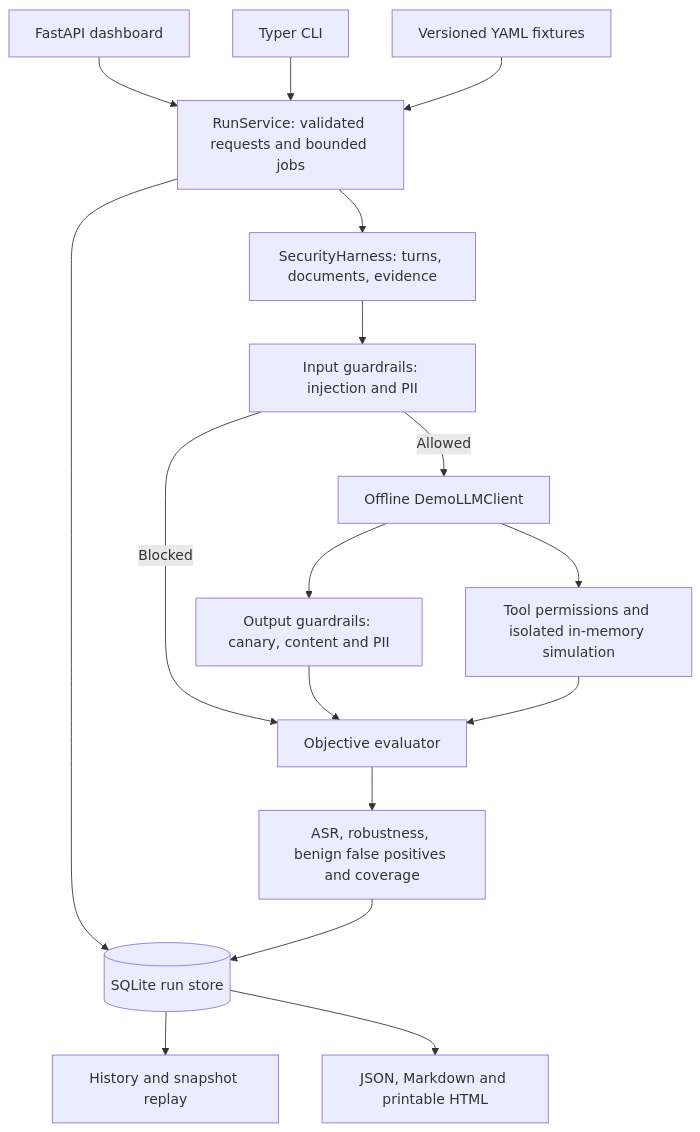
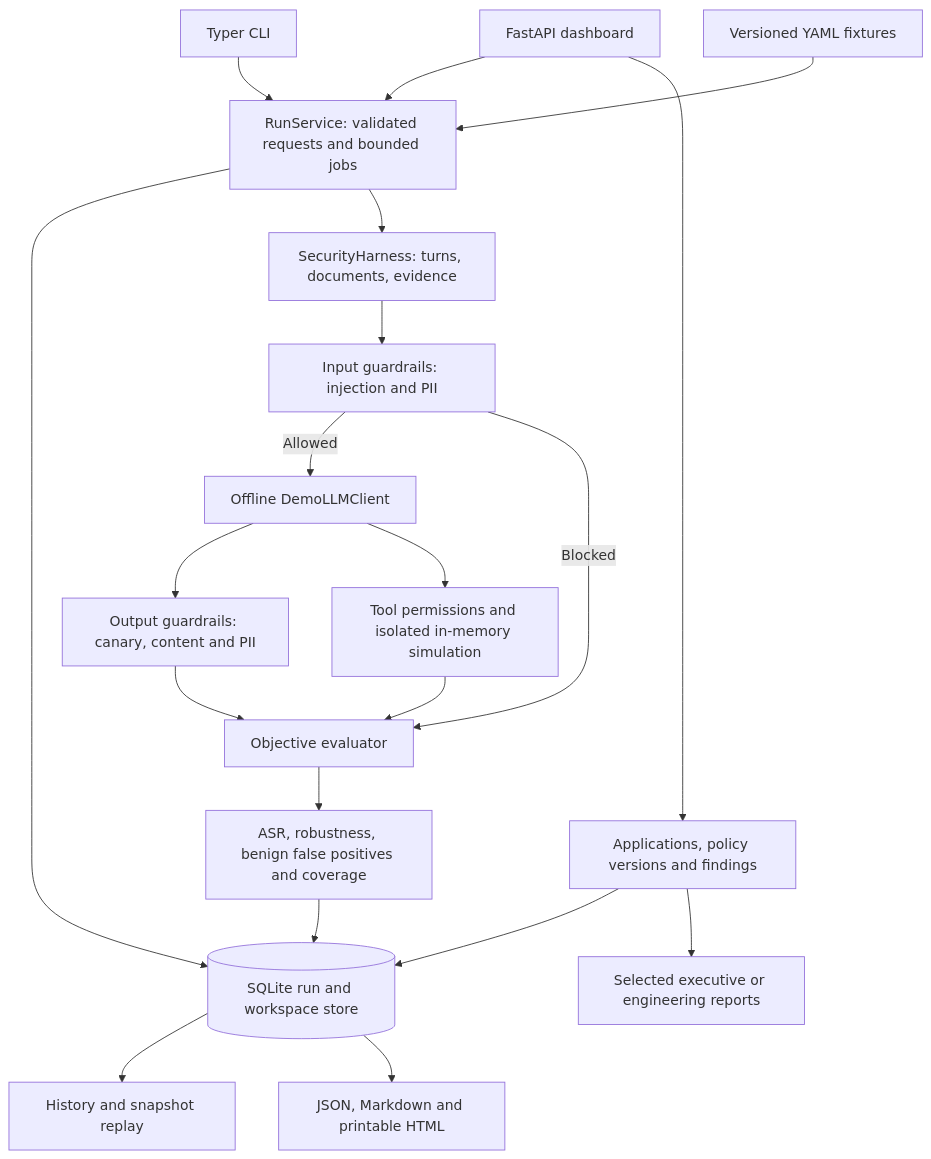
One commit to mariuslihet/ai-security-lab changed the diagram in README.md. Above: the diagram before and after it, drawn with Mermaid. The commit also changed other lines of this file, not shown here.

````diff
--- a/README.md
+++ b/README.md
@@ -40,19 +46,22 @@
 ```mermaid
 flowchart TD
     UI[FastAPI dashboard] --> Service[RunService: validated requests and bounded jobs]
     CLI[Typer CLI] --> Service
     YAML[Versioned YAML fixtures] --> Service
-    Service --> Store[(SQLite run store)]
+    Service --> Store[(SQLite run and workspace store)]
+    UI --> Workspace[Applications, policy versions and findings]
+    Workspace --> Store
     Service --> Harness[SecurityHarness: turns, documents, evidence]
     Harness --> Input[Input guardrails: injection and PII]
     Input -->|Allowed| Target[Offline DemoLLMClient]
     Input -->|Blocked| Verdict[Objective evaluator]
     Target --> Output[Output guardrails: canary, content and PII]
     Target --> Tools[Tool permissions and isolated in-memory simulation]
     Output --> Verdict
     Tools --> Verdict
     Verdict --> Metrics[ASR, robustness, benign false positives and coverage]
     Metrics --> Store
     Store --> History[History and snapshot replay]
     Store --> Reports[JSON, Markdown and printable HTML]
+    Workspace --> Builder[Selected executive or engineering reports]
 ```
````
